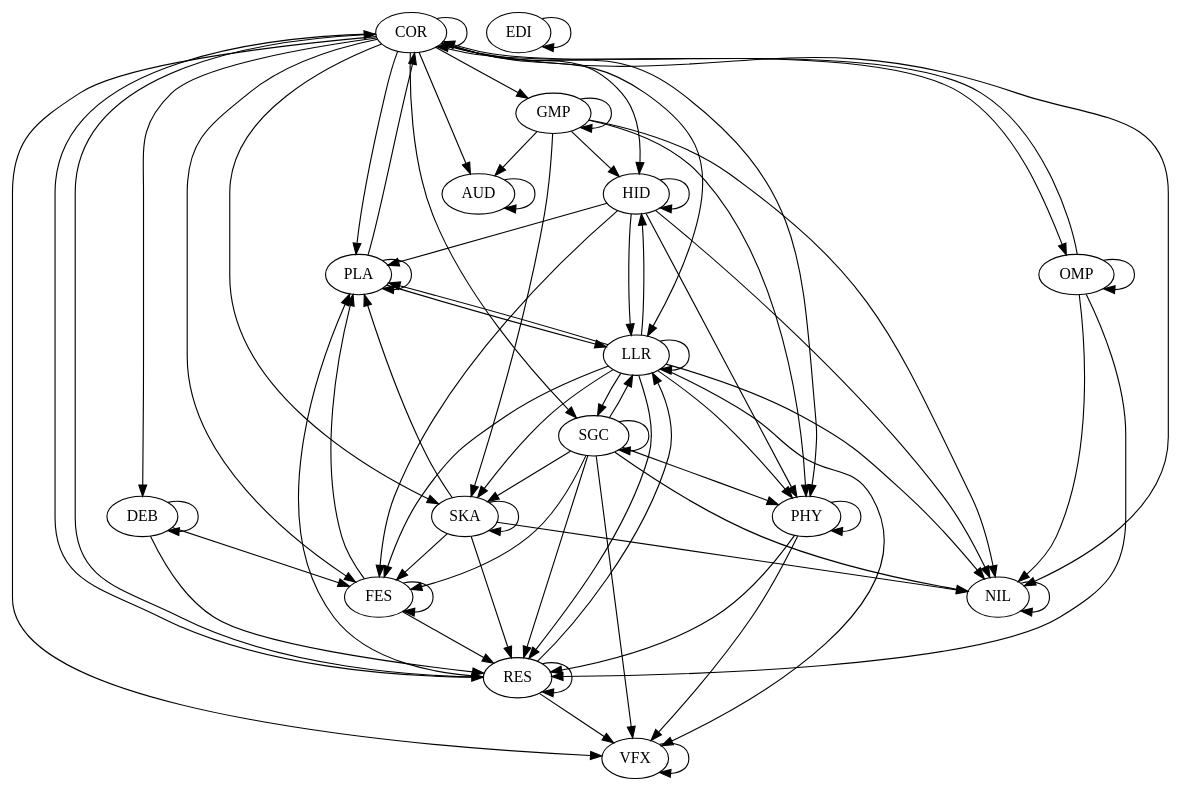
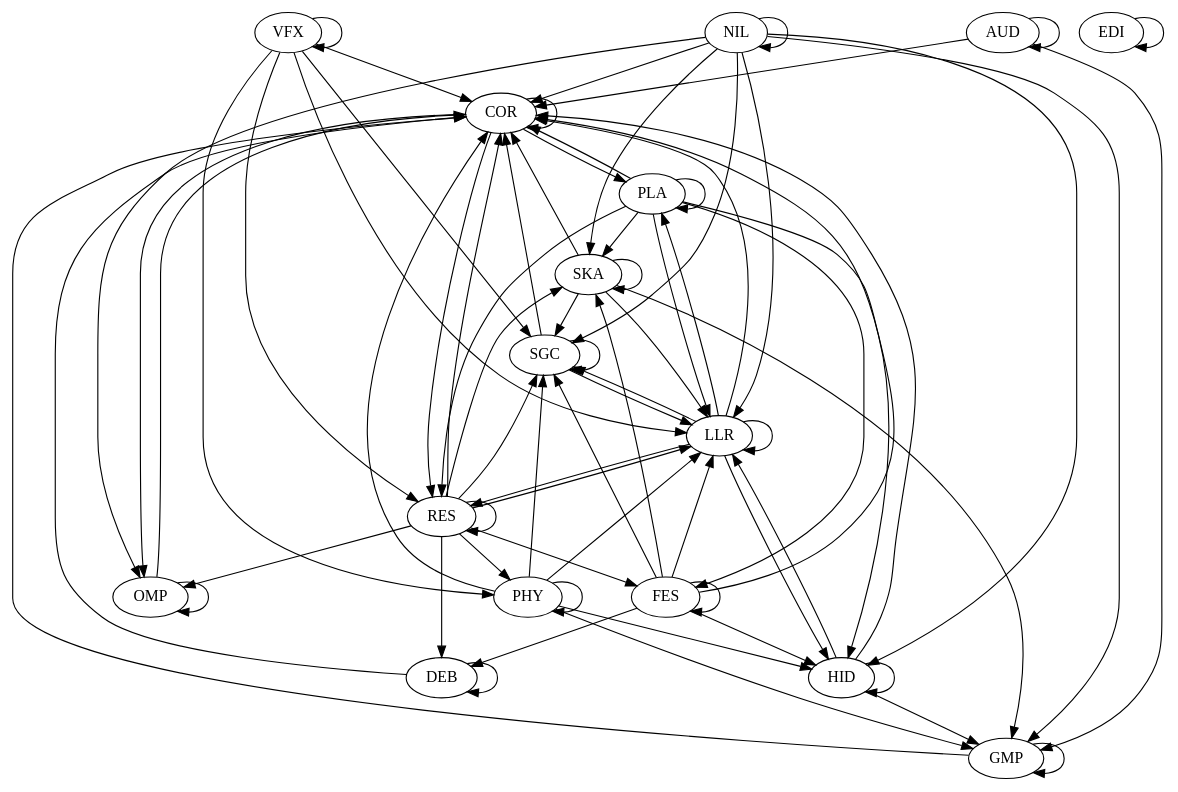
The diagram in 6_architectural_map_gen/outputs/panda3d.dot (gamedev-studies/game-engine-analyser), drawn with Graphviz before and after one commit. The commit also changed 9 other files, not shown here.

```diff
--- a/6_architectural_map_gen/outputs/panda3d.dot
+++ b/6_architectural_map_gen/outputs/panda3d.dot
@@ -1,77 +1,77 @@
 digraph "source tree" {
 	"AUD" -> "AUD"
-	"COR" -> "AUD"
-	"GMP" -> "AUD"
+	"AUD" -> "COR"
+	"AUD" -> "GMP"
 	"COR" -> "COR"
-	"OMP" -> "COR"
-	"PLA" -> "COR"
-	"RES" -> "COR"
-	"COR" -> "DEB"
+	"COR" -> "OMP"
+	"COR" -> "PLA"
+	"COR" -> "RES"
+	"DEB" -> "COR"
 	"DEB" -> "DEB"
 	"EDI" -> "EDI"
-	"COR" -> "FES"
-	"DEB" -> "FES"
+	"FES" -> "COR"
+	"FES" -> "DEB"
 	"FES" -> "FES"
-	"HID" -> "FES"
-	"LLR" -> "FES"
-	"SGC" -> "FES"
-	"SKA" -> "FES"
-	"COR" -> "GMP"
+	"FES" -> "HID"
+	"FES" -> "LLR"
+	"FES" -> "SGC"
+	"FES" -> "SKA"
+	"GMP" -> "COR"
 	"GMP" -> "GMP"
-	"COR" -> "HID"
-	"GMP" -> "HID"
+	"HID" -> "COR"
+	"HID" -> "GMP"
 	"HID" -> "HID"
+	"HID" -> "LLR"
+	"LLR" -> "COR"
 	"LLR" -> "HID"
-	"COR" -> "LLR"
-	"HID" -> "LLR"
 	"LLR" -> "LLR"
+	"LLR" -> "PLA"
+	"LLR" -> "RES"
+	"LLR" -> "SGC"
+	"NIL" -> "COR"
+	"NIL" -> "GMP"
+	"NIL" -> "HID"
+	"NIL" -> "LLR"
+	"NIL" -> "NIL"
+	"NIL" -> "OMP"
+	"NIL" -> "SGC"
+	"NIL" -> "SKA"
+	"OMP" -> "COR"
+	"OMP" -> "OMP"
+	"PHY" -> "COR"
+	"PHY" -> "GMP"
+	"PHY" -> "HID"
+	"PHY" -> "LLR"
+	"PHY" -> "PHY"
+	"PHY" -> "SGC"
+	"PLA" -> "COR"
+	"PLA" -> "FES"
+	"PLA" -> "HID"
 	"PLA" -> "LLR"
+	"PLA" -> "PLA"
+	"PLA" -> "RES"
+	"PLA" -> "SKA"
+	"RES" -> "COR"
+	"RES" -> "DEB"
+	"RES" -> "FES"
 	"RES" -> "LLR"
+	"RES" -> "OMP"
+	"RES" -> "PHY"
+	"RES" -> "RES"
+	"RES" -> "SGC"
+	"RES" -> "SKA"
+	"SGC" -> "COR"
 	"SGC" -> "LLR"
-	"COR" -> "NIL"
-	"GMP" -> "NIL"
-	"HID" -> "NIL"
-	"LLR" -> "NIL"
-	"NIL" -> "NIL"
-	"OMP" -> "NIL"
-	"SGC" -> "NIL"
-	"SKA" -> "NIL"
-	"COR" -> "OMP"
-	"OMP" -> "OMP"
-	"COR" -> "PHY"
-	"GMP" -> "PHY"
-	"HID" -> "PHY"
-	"LLR" -> "PHY"
-	"PHY" -> "PHY"
-	"SGC" -> "PHY"
-	"COR" -> "PLA"
-	"FES" -> "PLA"
-	"HID" -> "PLA"
-	"LLR" -> "PLA"
-	"PLA" -> "PLA"
-	"RES" -> "PLA"
-	"SKA" -> "PLA"
-	"COR" -> "RES"
-	"DEB" -> "RES"
-	"FES" -> "RES"
-	"LLR" -> "RES"
-	"OMP" -> "RES"
-	"PHY" -> "RES"
-	"RES" -> "RES"
-	"SGC" -> "RES"
-	"SKA" -> "RES"
-	"COR" -> "SGC"
-	"LLR" -> "SGC"
 	"SGC" -> "SGC"
-	"COR" -> "SKA"
-	"GMP" -> "SKA"
-	"LLR" -> "SKA"
-	"SGC" -> "SKA"
+	"SKA" -> "COR"
+	"SKA" -> "GMP"
+	"SKA" -> "LLR"
+	"SKA" -> "SGC"
 	"SKA" -> "SKA"
-	"COR" -> "VFX"
-	"LLR" -> "VFX"
-	"PHY" -> "VFX"
-	"RES" -> "VFX"
-	"SGC" -> "VFX"
+	"VFX" -> "COR"
+	"VFX" -> "LLR"
+	"VFX" -> "PHY"
+	"VFX" -> "RES"
+	"VFX" -> "SGC"
 	"VFX" -> "VFX"
 }
```
